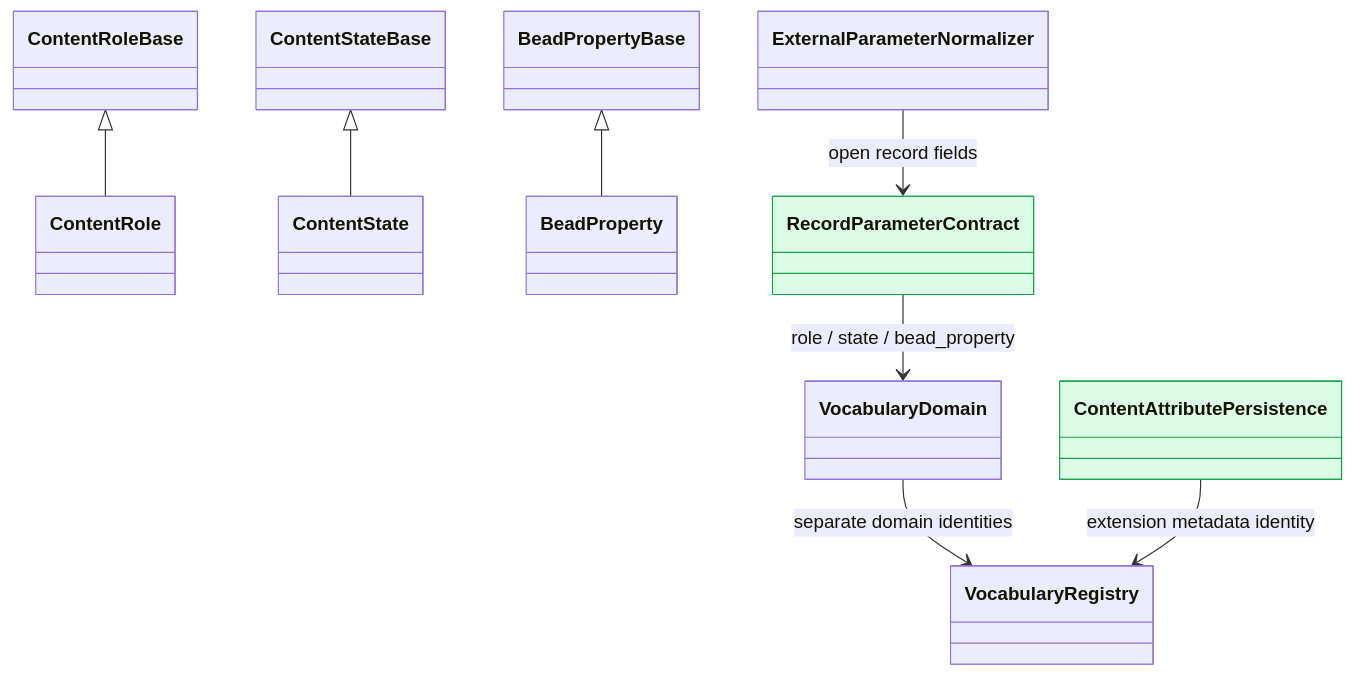
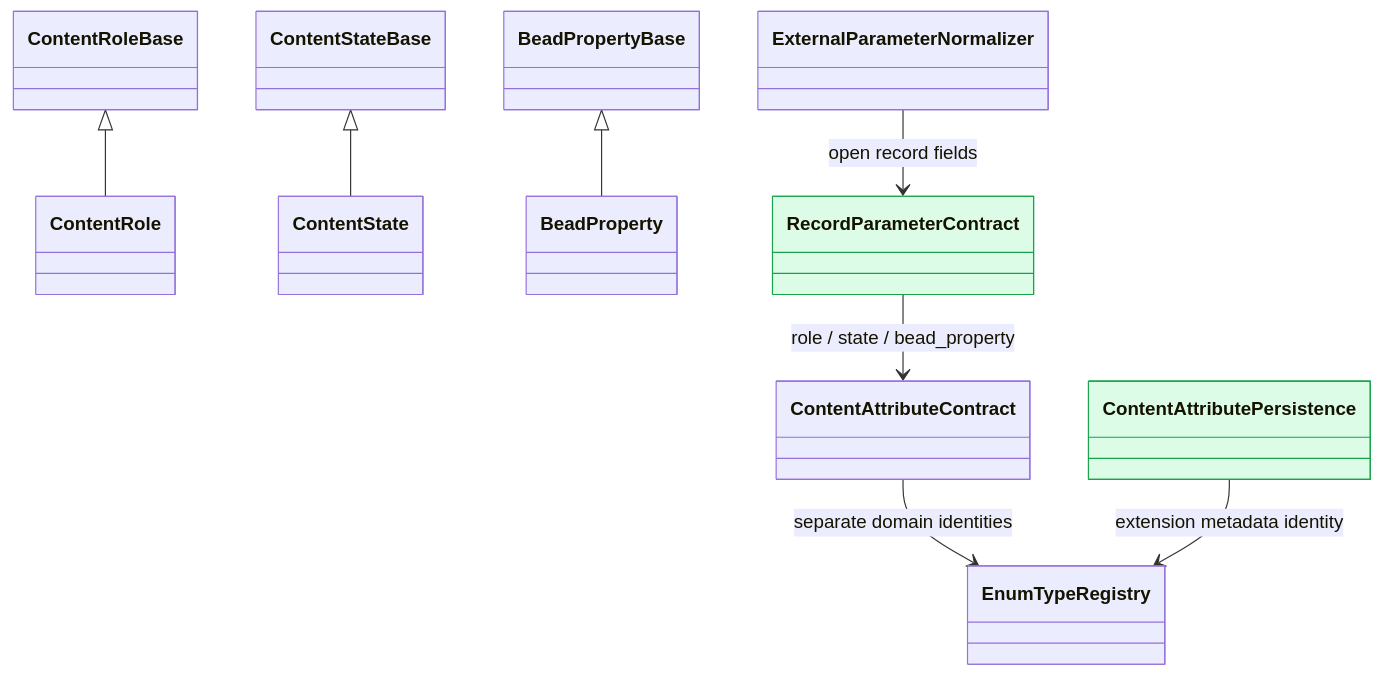
Before and after one commit to culsma/culsma: diagram 15 of 17 in docs/architecture/pipeline/validate_module_diagrams.md, drawn with Mermaid. The commit also changed other lines of this file and 55 other files, not shown here.

````diff
--- a/docs/architecture/pipeline/validate_module_diagrams.md
+++ b/docs/architecture/pipeline/validate_module_diagrams.md
@@ -785,18 +786,18 @@
 ```mermaid
 classDiagram
     class ContentRoleBase
     class ContentRole
     class ContentStateBase
     class ContentState
     class BeadPropertyBase
     class BeadProperty
     ContentRoleBase <|-- ContentRole
     ContentStateBase <|-- ContentState
     BeadPropertyBase <|-- BeadProperty
-    RecordParameterContract --> VocabularyDomain : role / state / bead_property
-    VocabularyDomain --> VocabularyRegistry : separate domain identities
+    RecordParameterContract --> ContentAttributeContract : role / state / bead_property
+    ContentAttributeContract --> EnumTypeRegistry : separate domain identities
     ExternalParameterNormalizer --> RecordParameterContract : open record fields
-    ContentAttributePersistence --> VocabularyRegistry : extension metadata identity
+    ContentAttributePersistence --> EnumTypeRegistry : extension metadata identity
     style RecordParameterContract fill:#dcfce7,stroke:#16a34a
     style ContentAttributePersistence fill:#dcfce7,stroke:#16a34a
 ```
````
